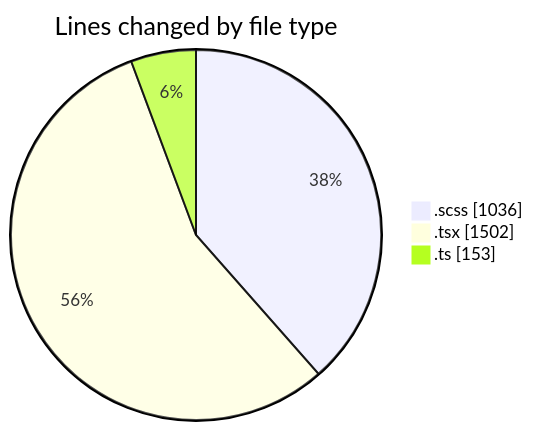
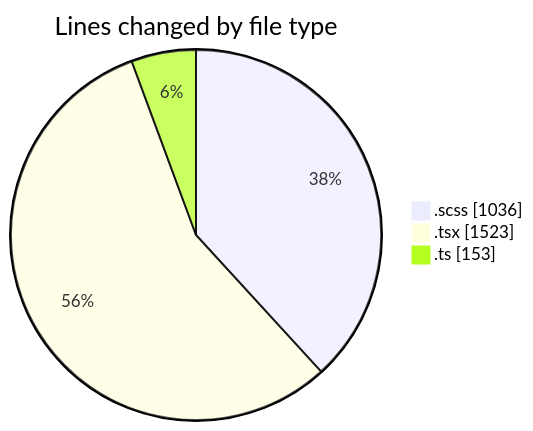
One commit to momahboobian/code-tracking changed the first of 2 diagrams in 2025-03-28/cda/README.md. Above: the diagram before and after it, drawn with Mermaid. The commit also changed other lines of this file and 1 other file, not shown here.

````diff
--- a/2025-03-28/cda/README.md
+++ b/2025-03-28/cda/README.md
@@ -27,7 +27,7 @@
 ```mermaid
 pie showData
 title Lines changed by file type
 ".scss" : 1036
-".tsx" : 1502
+".tsx" : 1523
 ".ts" : 153
 ```
````
